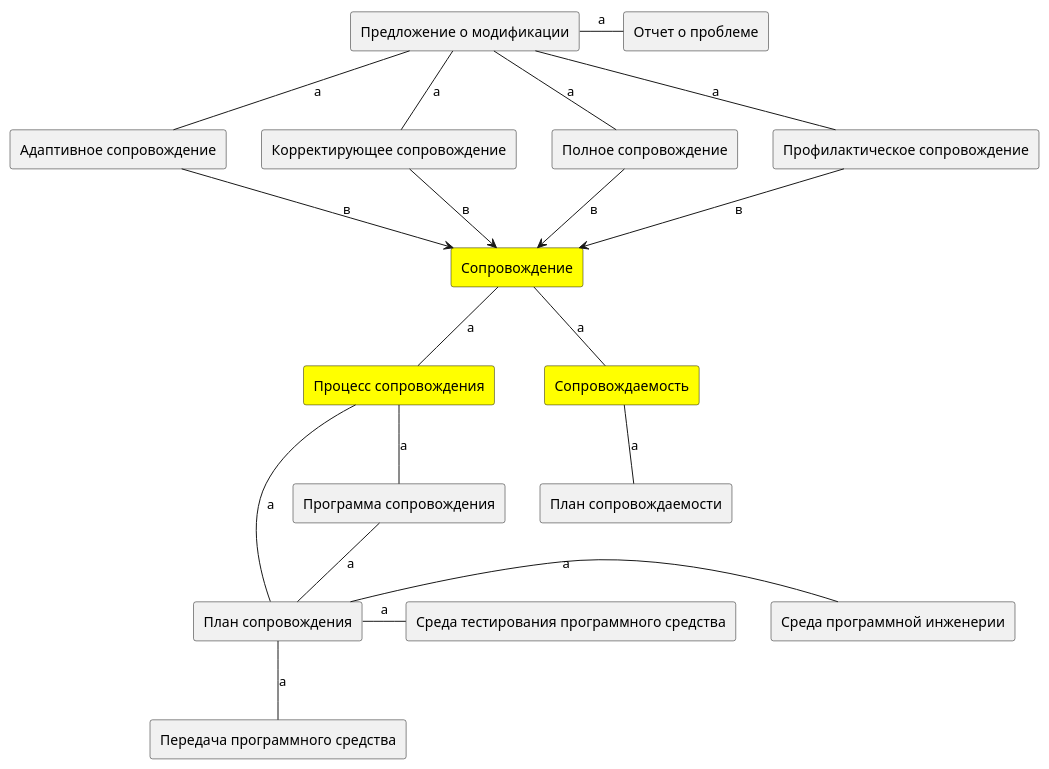
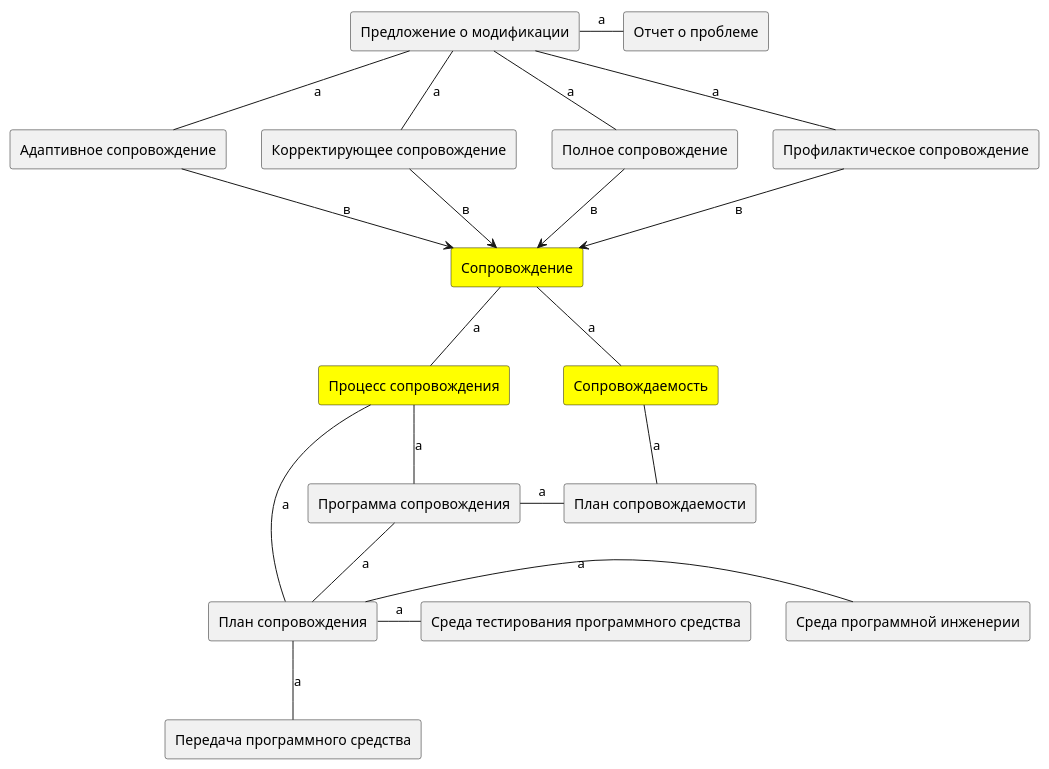
Before and after one commit to shchuko/itmo-project-docs: the diagram in images/thesaurus.puml, drawn with PlantUML. The commit also changed 8 other files, not shown here.

```diff
--- a/images/thesaurus.puml
+++ b/images/thesaurus.puml
@@ -1,44 +1,45 @@
 @startuml
 rectangle "Сопровождение" as Maintenance #yellow
 rectangle "Процесс сопровождения" as MaintenanceProcess #yellow
 rectangle "Сопровождаемость" as Maintainability #yellow
 
 rectangle "Адаптивное сопровождение" as AdaptiveMaintenance
 rectangle "Корректирующее сопровождение" as CorrectiveMaintenance
 rectangle "Полное сопровождение" as PerfectiveMaintenance
 rectangle "Профилактическое сопровождение" as PreventiveMaintenance
 
 rectangle "Отчет о проблеме" as ProblemReport
 rectangle "Предложение о модификации" as ModificationRequest
 
 rectangle "План сопровождаемости" as MaintainabilityPlan
 rectangle "План сопровождения" as MaintenancePlan
 rectangle "Программа сопровождения" as MaintenanceProgram
 rectangle "Среда программной инженерии" as SEE
 rectangle "Среда тестирования программного средства" as STE
 rectangle "Передача программного средства" as SoftwareTransition
 
 Maintainability -UP- Maintenance: а
 Maintenance -- MaintenanceProcess: а
 AdaptiveMaintenance --> Maintenance: в
 CorrectiveMaintenance --> Maintenance: в
 PerfectiveMaintenance --> Maintenance: в
 PreventiveMaintenance --> Maintenance: в
 
 ProblemReport -LEFT- ModificationRequest: а
 ModificationRequest -- CorrectiveMaintenance: а
 ModificationRequest -- AdaptiveMaintenance: а
 ModificationRequest -- PerfectiveMaintenance: а
 ModificationRequest -- PreventiveMaintenance: а
 
 Maintainability -- MaintainabilityPlan: а
 
 MaintenancePlan -UP- MaintenanceProgram: а
 MaintenancePlan -UP- MaintenanceProcess: а
 MaintenanceProgram -UP- MaintenanceProcess: а
 
 MaintenancePlan -RIGHT- SEE: а
 MaintenancePlan -RIGHT- STE: а
 
+MaintenanceProgram - MaintainabilityPlan: a
 SoftwareTransition -UP- MaintenancePlan: а
 @enduml
```
